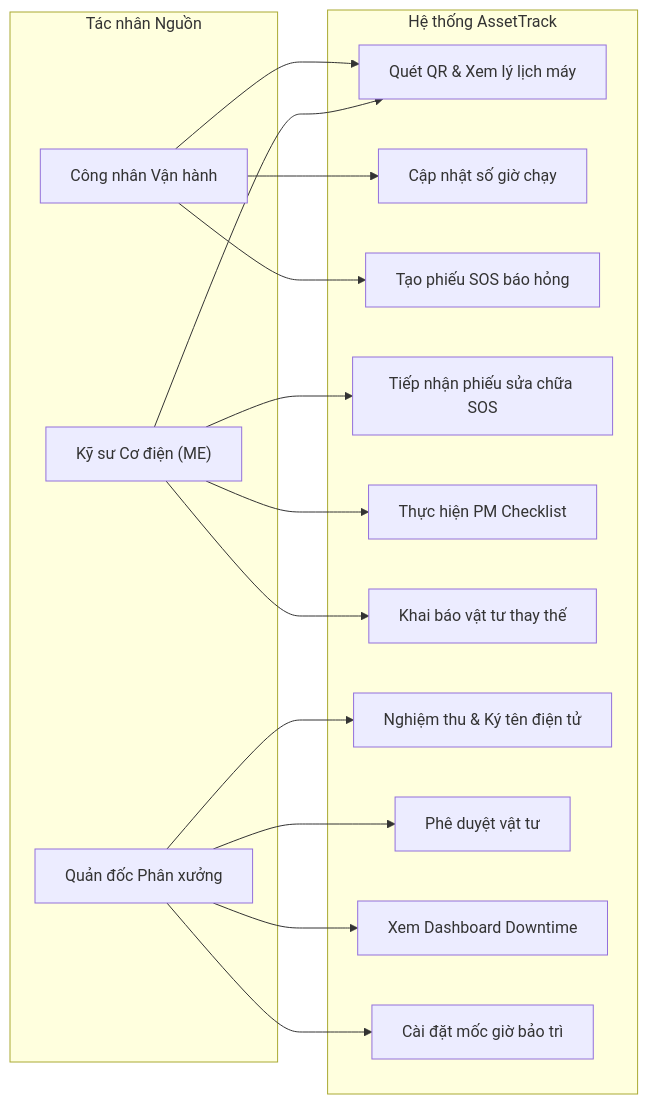
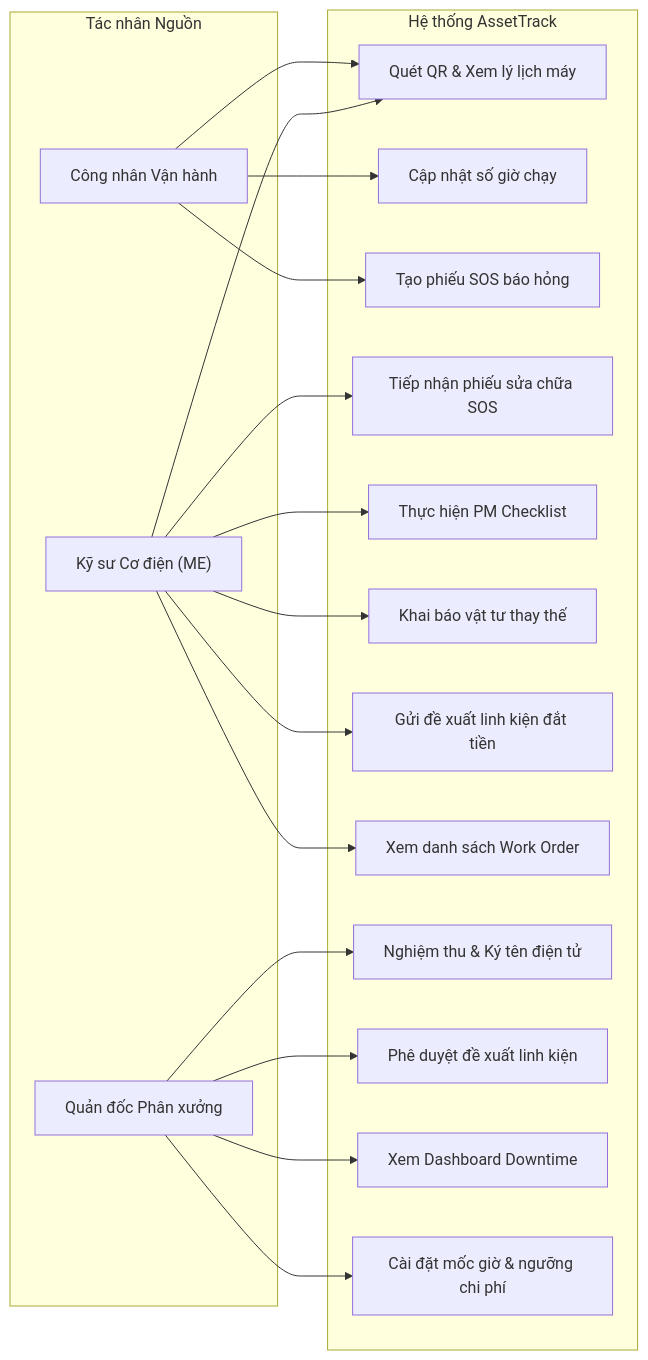
The first of 11 diagrams in system_design.md (pvduy23052005/cse441-mobile-asset-track), drawn with Mermaid before and after one commit. The commit also changed other lines of this file and 1 other file, not shown here.

````diff
--- a/system_design.md
+++ b/system_design.md
@@ -28,35 +31,39 @@
 ```mermaid
 flowchart LR
     subgraph Actors["Tác nhân Nguồn"]
         Operator["Công nhân Vận hành"]
         ME["Kỹ sư Cơ điện (ME)"]
         Supervisor["Quản đốc Phân xưởng"]
     end
 
     subgraph System["Hệ thống AssetTrack"]
         UC_ScanQR["Quét QR & Xem lý lịch máy"]
         UC_LogHours["Cập nhật số giờ chạy"]
         UC_CreateSOS["Tạo phiếu SOS báo hỏng"]
         UC_ClaimSOS["Tiếp nhận phiếu sửa chữa SOS"]
         UC_ExecutePM["Thực hiện PM Checklist"]
         UC_LogParts["Khai báo vật tư thay thế"]
+        UC_SubmitSpareParts["Gửi đề xuất linh kiện đắt tiền"]
+        UC_ViewWorkOrderList["Xem danh sách Work Order"]
         UC_SignOff["Nghiệm thu & Ký tên điện tử"]
-        UC_ApproveParts["Phê duyệt vật tư"]
+        UC_ApproveParts["Phê duyệt đề xuất linh kiện"]
         UC_ViewDashboard["Xem Dashboard Downtime"]
-        UC_ConfigPM["Cài đặt mốc giờ bảo trì"]
+        UC_ConfigPM["Cài đặt mốc giờ & ngưỡng chi phí"]
     end
 
     Operator --> UC_ScanQR
     Operator --> UC_LogHours
     Operator --> UC_CreateSOS
 
     ME --> UC_ScanQR
     ME --> UC_ClaimSOS
     ME --> UC_ExecutePM
     ME --> UC_LogParts
+    ME --> UC_SubmitSpareParts
+    ME --> UC_ViewWorkOrderList
 
     Supervisor --> UC_SignOff
     Supervisor --> UC_ApproveParts
     Supervisor --> UC_ViewDashboard
     Supervisor --> UC_ConfigPM
 ```
````
